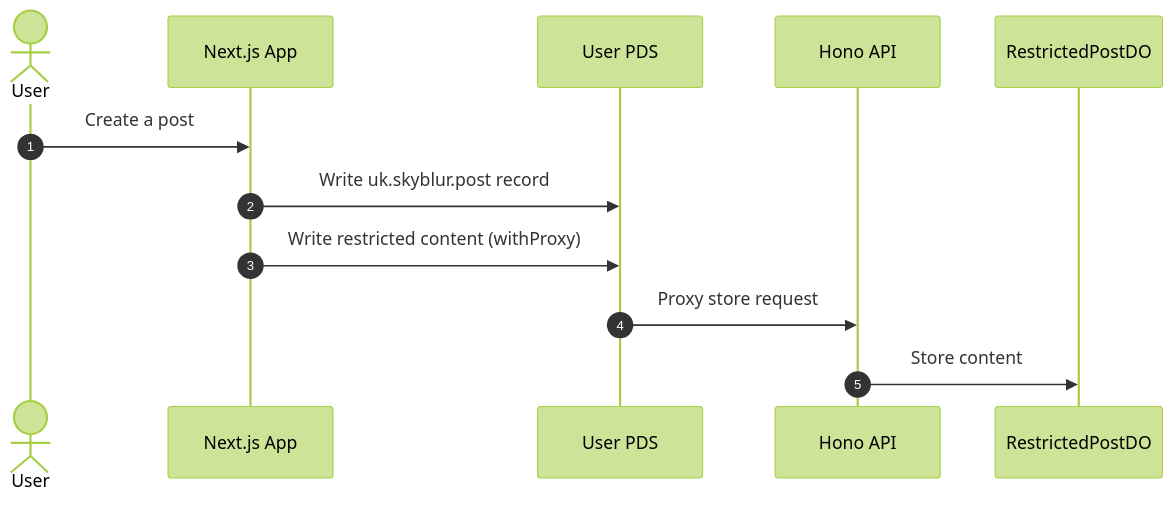
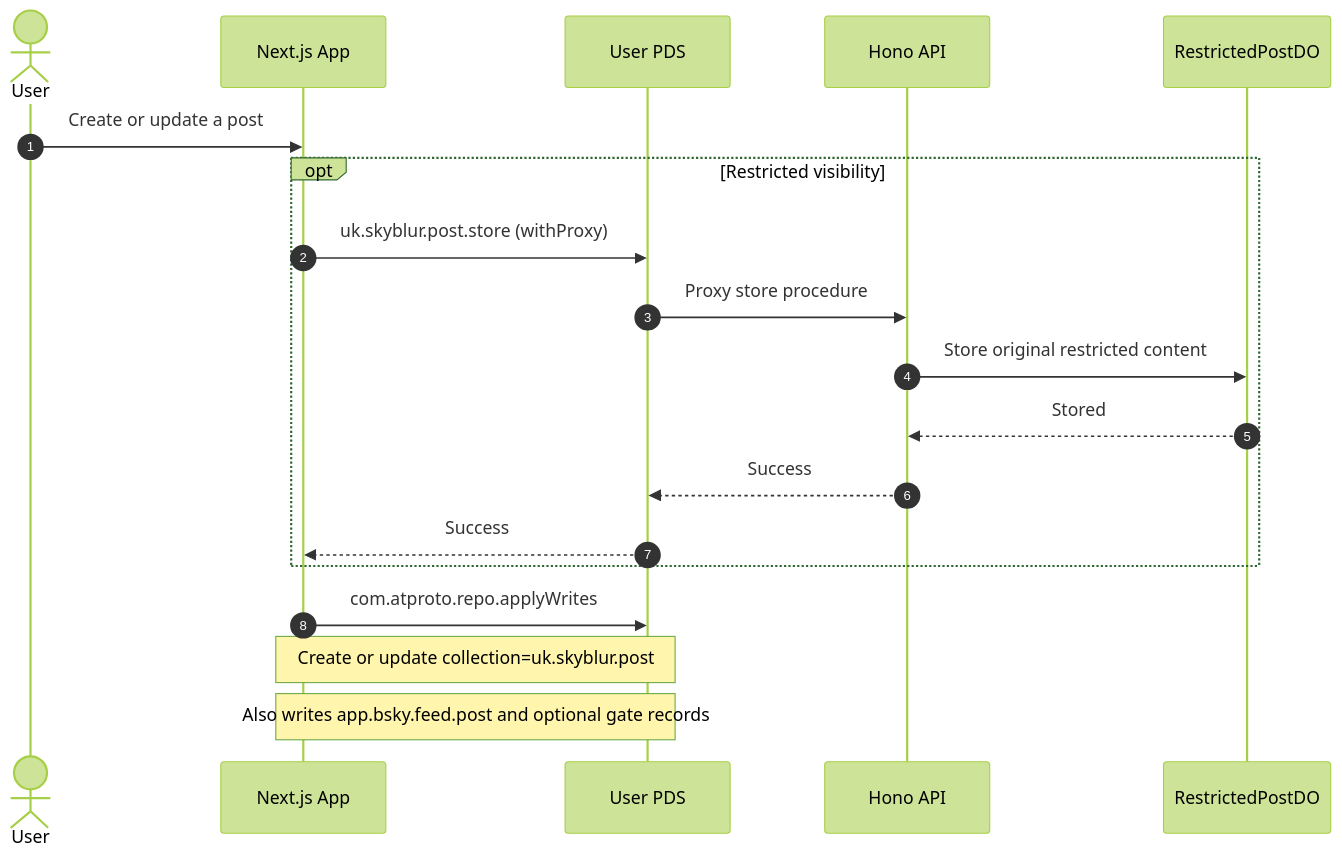
Before and after one commit to usounds/Skyblur: the second of 4 diagrams in README.md, drawn with Mermaid (forest theme). The commit also changed other lines of this file, not shown here.

````diff
--- a/README.md
+++ b/README.md
@@ -44,15 +44,22 @@
 ```mermaid
 sequenceDiagram
     autonumber
     actor User
     participant App as Next.js App
     participant PDS as User PDS
     participant API as Hono API
     participant Content as RestrictedPostDO
 
-    User->>App: Create a post
-    App->>PDS: Write uk.skyblur.post record
-    App->>PDS: Write restricted content (withProxy)
-    PDS->>API: Proxy store request
-    API->>Content: Store content
+    User->>App: Create or update a post
+    opt Restricted visibility
+        App->>PDS: uk.skyblur.post.store (withProxy)
+        PDS->>API: Proxy store procedure
+        API->>Content: Store original restricted content
+        Content-->>API: Stored
+        API-->>PDS: Success
+        PDS-->>App: Success
+    end
+    App->>PDS: com.atproto.repo.applyWrites
+    Note over App,PDS: Create or update collection=uk.skyblur.post
+    Note over App,PDS: Also writes app.bsky.feed.post and optional gate records
 ```
````
